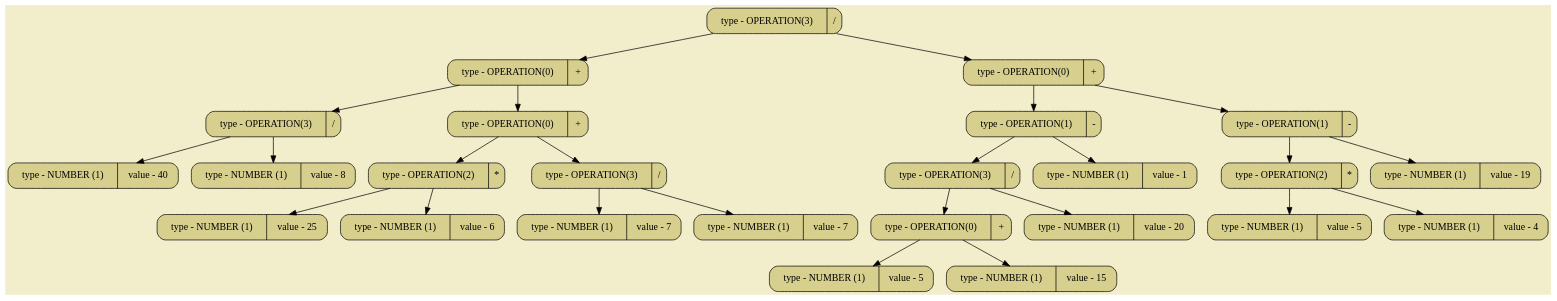
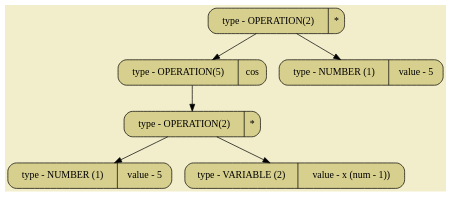
One commit to SashaKhaytina/Differenciator changed the diagram in pictures/image03.dot. Above: the diagram before and after it, drawn with Graphviz. The commit also changed 19 other files, not shown here.

```diff
--- a/pictures/image03.dot
+++ b/pictures/image03.dot
@@ -1,54 +1,16 @@
 digraph
 {
 bgcolor="#F2EECB";
 rankdir = TB;
-POINT_0x6473e1ca3718[shape=Mrecord, label = "type - OPERATION(3) | /", style="filled",fillcolor="#D7CF8D"]
-POINT_0x6473e1ca36d0[shape=Mrecord, label = "type - OPERATION(0) | +", style="filled",fillcolor="#D7CF8D"]
-POINT_0x6473e1ca34f0[shape=Mrecord, label = "type - OPERATION(3) | /", style="filled",fillcolor="#D7CF8D"]
-POINT_0x6473e1ca3538[shape=Mrecord, label = "type - NUMBER (1) | value - 40", style="filled",fillcolor="#D7CF8D"]
-POINT_0x6473e1ca3598[shape=Mrecord, label = "type - NUMBER (1) | value - 8", style="filled",fillcolor="#D7CF8D"]
-POINT_0x6473e1ca36a0[shape=Mrecord, label = "type - OPERATION(0) | +", style="filled",fillcolor="#D7CF8D"]
-POINT_0x6473e1ca35f8[shape=Mrecord, label = "type - OPERATION(2) | *", style="filled",fillcolor="#D7CF8D"]
-POINT_0x6473e1ca35e0[shape=Mrecord, label = "type - NUMBER (1) | value - 25", style="filled",fillcolor="#D7CF8D"]
-POINT_0x6473e1ca3610[shape=Mrecord, label = "type - NUMBER (1) | value - 6", style="filled",fillcolor="#D7CF8D"]
-POINT_0x6473e1ca3658[shape=Mrecord, label = "type - OPERATION(3) | /", style="filled",fillcolor="#D7CF8D"]
-POINT_0x6473e1ca3640[shape=Mrecord, label = "type - NUMBER (1) | value - 7", style="filled",fillcolor="#D7CF8D"]
-POINT_0x6473e1ca3670[shape=Mrecord, label = "type - NUMBER (1) | value - 7", style="filled",fillcolor="#D7CF8D"]
-POINT_0x6473e1ca3820[shape=Mrecord, label = "type - OPERATION(0) | +", style="filled",fillcolor="#D7CF8D"]
-POINT_0x6473e1ca37f0[shape=Mrecord, label = "type - OPERATION(1) | -", style="filled",fillcolor="#D7CF8D"]
-POINT_0x6473e1ca37c0[shape=Mrecord, label = "type - OPERATION(3) | /", style="filled",fillcolor="#D7CF8D"]
-POINT_0x6473e1ca3778[shape=Mrecord, label = "type - OPERATION(0) | +", style="filled",fillcolor="#D7CF8D"]
-POINT_0x6473e1ca3760[shape=Mrecord, label = "type - NUMBER (1) | value - 5", style="filled",fillcolor="#D7CF8D"]
-POINT_0x6473e1ca3790[shape=Mrecord, label = "type - NUMBER (1) | value - 15", style="filled",fillcolor="#D7CF8D"]
-POINT_0x6473e1ca37d8[shape=Mrecord, label = "type - NUMBER (1) | value - 20", style="filled",fillcolor="#D7CF8D"]
-POINT_0x6473e1ca3808[shape=Mrecord, label = "type - NUMBER (1) | value - 1", style="filled",fillcolor="#D7CF8D"]
-POINT_0x6473e1ca38e0[shape=Mrecord, label = "type - OPERATION(1) | -", style="filled",fillcolor="#D7CF8D"]
-POINT_0x6473e1ca3868[shape=Mrecord, label = "type - OPERATION(2) | *", style="filled",fillcolor="#D7CF8D"]
-POINT_0x6473e1ca3850[shape=Mrecord, label = "type - NUMBER (1) | value - 5", style="filled",fillcolor="#D7CF8D"]
-POINT_0x6473e1ca3880[shape=Mrecord, label = "type - NUMBER (1) | value - 4", style="filled",fillcolor="#D7CF8D"]
-POINT_0x6473e1ca38b0[shape=Mrecord, label = "type - NUMBER (1) | value - 19", style="filled",fillcolor="#D7CF8D"]
-POINT_0x6473e1ca3718 -> POINT_0x6473e1ca36d0
-POINT_0x6473e1ca3718 -> POINT_0x6473e1ca3820
-POINT_0x6473e1ca36d0 -> POINT_0x6473e1ca34f0
-POINT_0x6473e1ca36d0 -> POINT_0x6473e1ca36a0
-POINT_0x6473e1ca34f0 -> POINT_0x6473e1ca3538
-POINT_0x6473e1ca34f0 -> POINT_0x6473e1ca3598
-POINT_0x6473e1ca36a0 -> POINT_0x6473e1ca35f8
-POINT_0x6473e1ca36a0 -> POINT_0x6473e1ca3658
-POINT_0x6473e1ca35f8 -> POINT_0x6473e1ca35e0
-POINT_0x6473e1ca35f8 -> POINT_0x6473e1ca3610
-POINT_0x6473e1ca3658 -> POINT_0x6473e1ca3640
-POINT_0x6473e1ca3658 -> POINT_0x6473e1ca3670
-POINT_0x6473e1ca3820 -> POINT_0x6473e1ca37f0
-POINT_0x6473e1ca3820 -> POINT_0x6473e1ca38e0
-POINT_0x6473e1ca37f0 -> POINT_0x6473e1ca37c0
-POINT_0x6473e1ca37f0 -> POINT_0x6473e1ca3808
-POINT_0x6473e1ca37c0 -> POINT_0x6473e1ca3778
-POINT_0x6473e1ca37c0 -> POINT_0x6473e1ca37d8
-POINT_0x6473e1ca3778 -> POINT_0x6473e1ca3760
-POINT_0x6473e1ca3778 -> POINT_0x6473e1ca3790
-POINT_0x6473e1ca38e0 -> POINT_0x6473e1ca3868
-POINT_0x6473e1ca38e0 -> POINT_0x6473e1ca38b0
-POINT_0x6473e1ca3868 -> POINT_0x6473e1ca3850
-POINT_0x6473e1ca3868 -> POINT_0x6473e1ca3880
+POINT_0x5c9a8f445ed0[shape=Mrecord, label = "type - OPERATION(2) | *", style="filled",fillcolor="#D7CF8D"]
+POINT_0x5c9a8f445eb0[shape=Mrecord, label = "type - OPERATION(5) | cos", style="filled",fillcolor="#D7CF8D"]
+POINT_0x5c9a8f445e90[shape=Mrecord, label = "type - OPERATION(2) | *", style="filled",fillcolor="#D7CF8D"]
+POINT_0x5c9a8f445e70[shape=Mrecord, label = "type - NUMBER (1) | value - 5", style="filled",fillcolor="#D7CF8D"]
+POINT_0x5c9a8f445e50[shape=Mrecord, label = "type - VARIABLE (2) | value - x (num - 1))", style="filled",fillcolor="#D7CF8D"]
+POINT_0x5c9a8f445e30[shape=Mrecord, label = "type - NUMBER (1) | value - 5", style="filled",fillcolor="#D7CF8D"]
+POINT_0x5c9a8f445ed0 -> POINT_0x5c9a8f445eb0
+POINT_0x5c9a8f445ed0 -> POINT_0x5c9a8f445e30
+POINT_0x5c9a8f445eb0 -> POINT_0x5c9a8f445e90
+POINT_0x5c9a8f445e90 -> POINT_0x5c9a8f445e70
+POINT_0x5c9a8f445e90 -> POINT_0x5c9a8f445e50
 }
```
